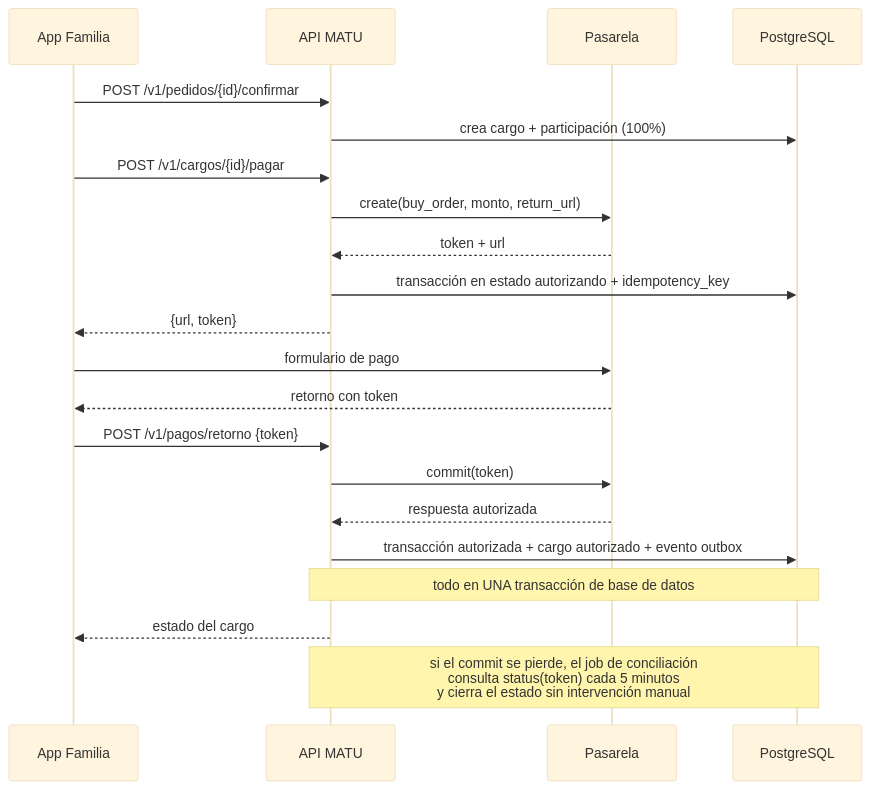
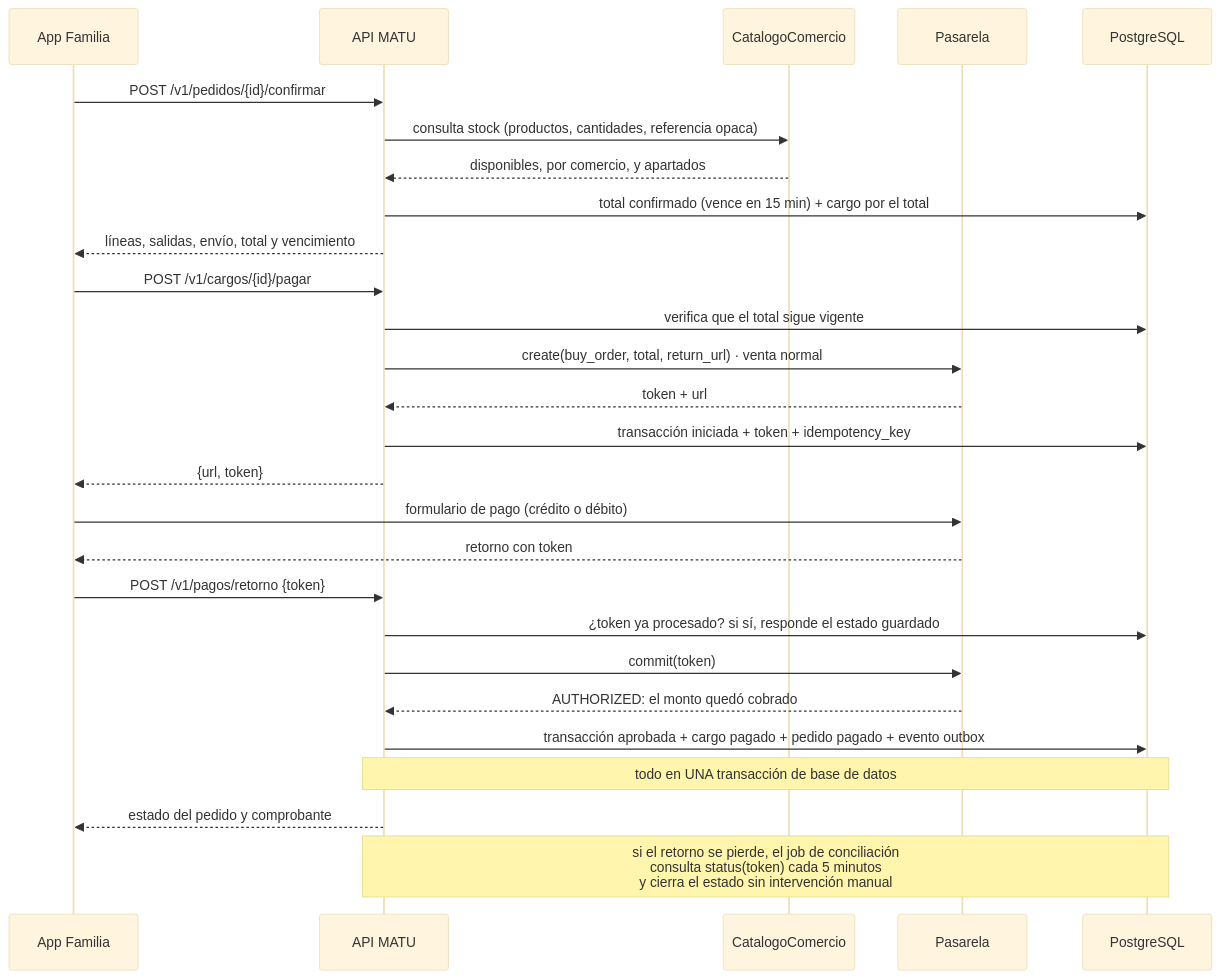
The seventh of 11 diagrams in docs/arquitectura.md (MartinHenriquez131/MATU), drawn with Mermaid (base theme) before and after one commit. The commit also changed other lines of this file, not shown here.

First line of the commit message:
docs(adr-027): secciones 8.1 a 8.4 y 8.7 con cobro único del total confirmado

````diff
--- a/docs/arquitectura.md
+++ b/docs/arquitectura.md
@@ -796,24 +824,30 @@
 ```mermaid
 sequenceDiagram
     participant A as App Familia
     participant API as API MATU
+    participant CC as CatalogoComercio
     participant TB as Pasarela
     participant DB as PostgreSQL
 
     A->>API: POST /v1/pedidos/{id}/confirmar
-    API->>DB: crea cargo + participación (100%)
+    API->>CC: consulta stock (productos, cantidades, referencia opaca)
+    CC-->>API: disponibles, por comercio, y apartados
+    API->>DB: total confirmado (vence en 15 min) + cargo por el total
+    API-->>A: líneas, salidas, envío, total y vencimiento
     A->>API: POST /v1/cargos/{id}/pagar
-    API->>TB: create(buy_order, monto, return_url)
+    API->>DB: verifica que el total sigue vigente
+    API->>TB: create(buy_order, total, return_url) · venta normal
     TB-->>API: token + url
-    API->>DB: transacción en estado autorizando + idempotency_key
+    API->>DB: transacción iniciada + token + idempotency_key
     API-->>A: {url, token}
-    A->>TB: formulario de pago
+    A->>TB: formulario de pago (crédito o débito)
     TB-->>A: retorno con token
     A->>API: POST /v1/pagos/retorno {token}
+    API->>DB: ¿token ya procesado? si sí, responde el estado guardado
     API->>TB: commit(token)
-    TB-->>API: respuesta autorizada
-    API->>DB: transacción autorizada + cargo autorizado + evento outbox
+    TB-->>API: AUTHORIZED: el monto quedó cobrado
+    API->>DB: transacción aprobada + cargo pagado + pedido pagado + evento outbox
     Note over API,DB: todo en UNA transacción de base de datos
-    API-->>A: estado del cargo
-    Note over API,DB: si el commit se pierde, el job de conciliación<br/>consulta status(token) cada 5 minutos<br/>y cierra el estado sin intervención manual
+    API-->>A: estado del pedido y comprobante
+    Note over API,DB: si el retorno se pierde, el job de conciliación<br/>consulta status(token) cada 5 minutos<br/>y cierra el estado sin intervención manual
 ```
````
